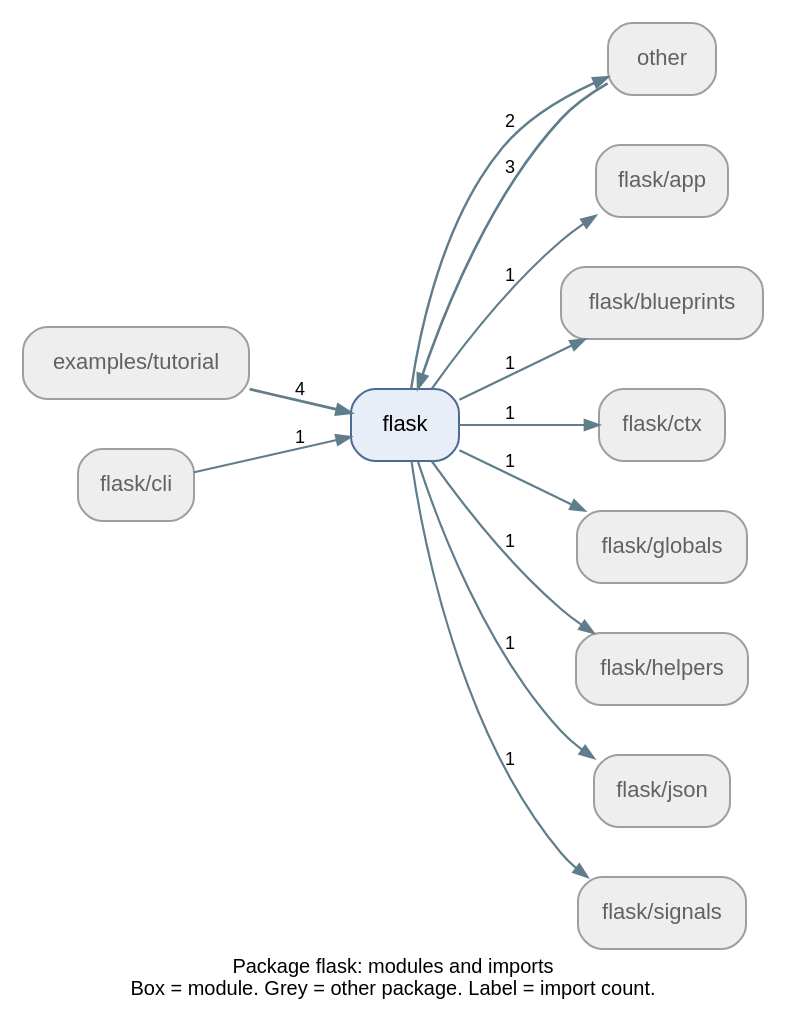
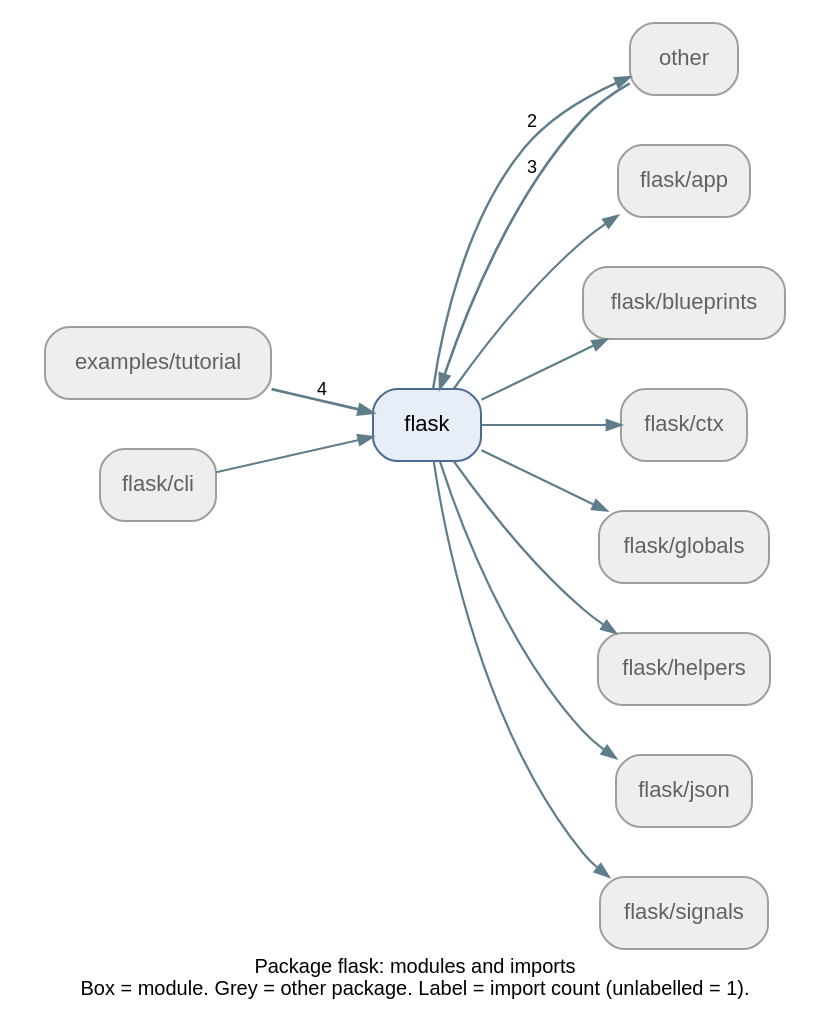
One commit to Icoder05/buglens changed the diagram in onboarding/pallets__flask/diagrams/packages/flask.dot. Above: the diagram before and after it, drawn with Graphviz. The commit also changed 70 other files, not shown here.

```diff
--- a/onboarding/pallets__flask/diagrams/packages/flask.dot
+++ b/onboarding/pallets__flask/diagrams/packages/flask.dot
@@ -1,28 +1,28 @@
 digraph package {
 	fontname=Helvetica fontsize=10 label="Package flask: modules and imports
-Box = module. Grey = other package. Label = import count." labelloc=b nodesep=0.35 rankdir=LR ranksep=0.6
+Box = module. Grey = other package. Label = import count (unlabelled = 1)." labelloc=b nodesep=0.35 rankdir=LR ranksep=0.6
 	node [color="#4c6a92" fillcolor="#e8eef7" fontname=Helvetica fontsize=11 shape=box style="rounded,filled"]
 	edge [arrowsize=0.7 color="#607d8b" fontname=Helvetica fontsize=9]
 	n0 [label="examples/tutorial" color="#9e9e9e" fillcolor="#eeeeee" fontcolor="#616161" tooltip="ext::examples/tutorial"]
 	n1 [label="flask/app" color="#9e9e9e" fillcolor="#eeeeee" fontcolor="#616161" tooltip="ext::flask/app"]
 	n2 [label="flask/blueprints" color="#9e9e9e" fillcolor="#eeeeee" fontcolor="#616161" tooltip="ext::flask/blueprints"]
 	n3 [label="flask/cli" color="#9e9e9e" fillcolor="#eeeeee" fontcolor="#616161" tooltip="ext::flask/cli"]
 	n4 [label="flask/ctx" color="#9e9e9e" fillcolor="#eeeeee" fontcolor="#616161" tooltip="ext::flask/ctx"]
 	n5 [label="flask/globals" color="#9e9e9e" fillcolor="#eeeeee" fontcolor="#616161" tooltip="ext::flask/globals"]
 	n6 [label="flask/helpers" color="#9e9e9e" fillcolor="#eeeeee" fontcolor="#616161" tooltip="ext::flask/helpers"]
 	n7 [label="flask/json" color="#9e9e9e" fillcolor="#eeeeee" fontcolor="#616161" tooltip="ext::flask/json"]
 	n8 [label="flask/signals" color="#9e9e9e" fillcolor="#eeeeee" fontcolor="#616161" tooltip="ext::flask/signals"]
 	n9 [label=other color="#9e9e9e" fillcolor="#eeeeee" fontcolor="#616161" tooltip="ext::other"]
 	n10 [label=flask tooltip=flask]
 	n0 -> n10 [label=4 penwidth=1.4]
-	n3 -> n10 [label=1 penwidth=1.1]
+	n3 -> n10 [penwidth=1.1]
 	n9 -> n10 [label=3 penwidth=1.3]
-	n10 -> n1 [label=1 penwidth=1.1]
-	n10 -> n2 [label=1 penwidth=1.1]
-	n10 -> n4 [label=1 penwidth=1.1]
-	n10 -> n5 [label=1 penwidth=1.1]
-	n10 -> n6 [label=1 penwidth=1.1]
-	n10 -> n7 [label=1 penwidth=1.1]
-	n10 -> n8 [label=1 penwidth=1.1]
+	n10 -> n1 [penwidth=1.1]
+	n10 -> n2 [penwidth=1.1]
+	n10 -> n4 [penwidth=1.1]
+	n10 -> n5 [penwidth=1.1]
+	n10 -> n6 [penwidth=1.1]
+	n10 -> n7 [penwidth=1.1]
+	n10 -> n8 [penwidth=1.1]
 	n10 -> n9 [label=2 penwidth=1.2]
 }
```
